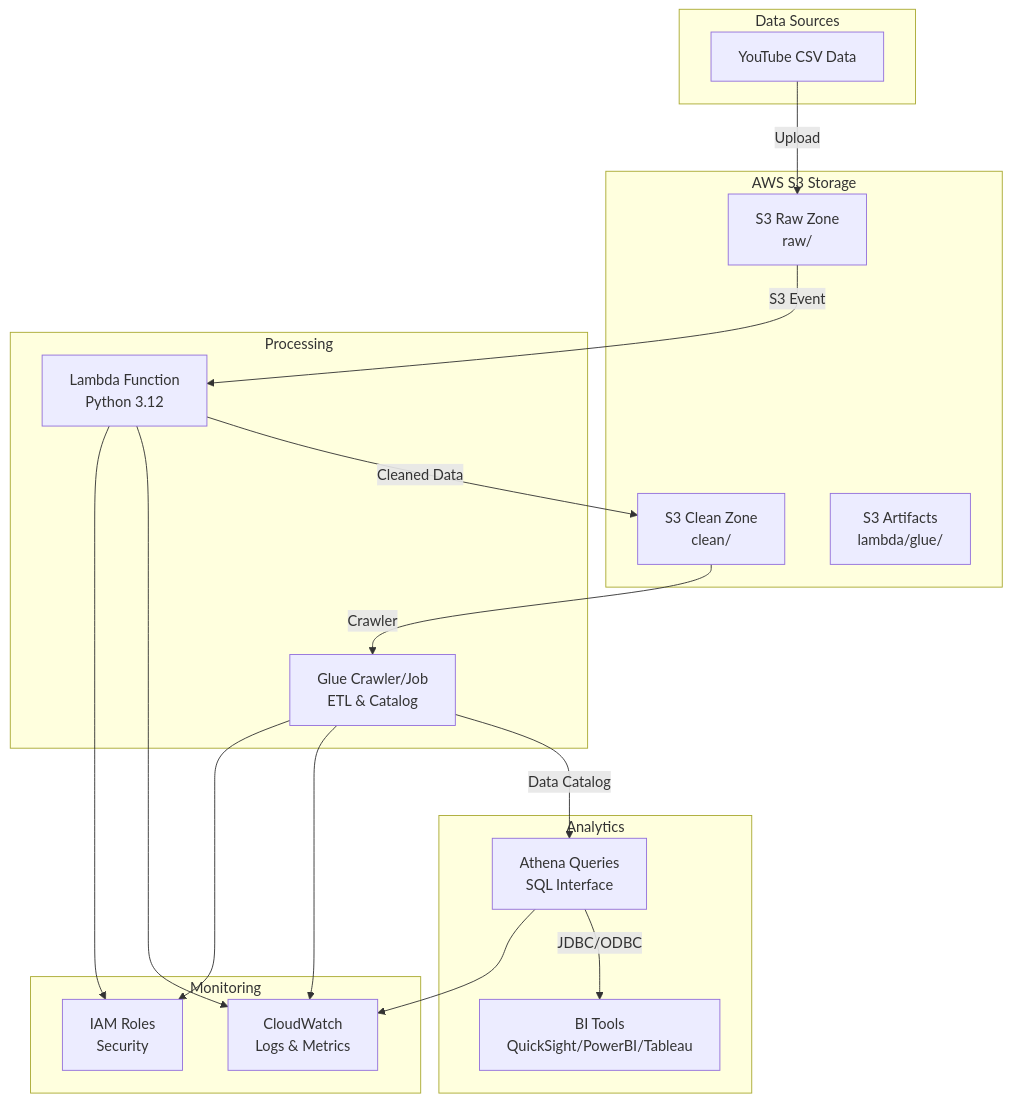
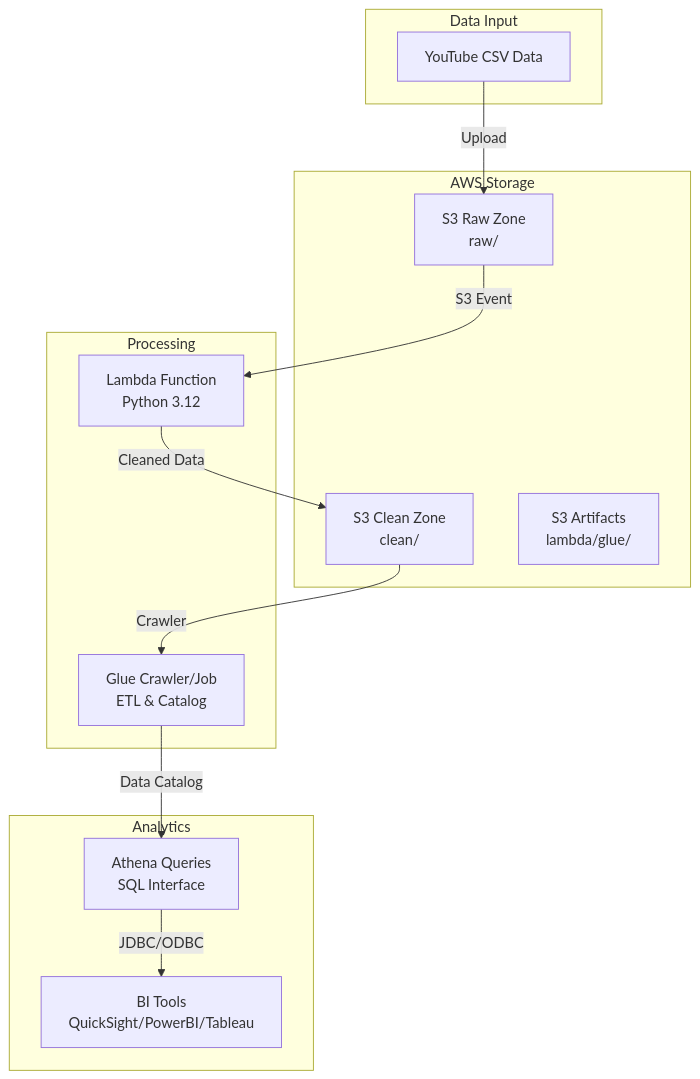
Before and after one commit to Mrnidhi/yt-analysis: the diagram in README.md, drawn with Mermaid. The commit also changed other lines of this file, not shown here.

````diff
--- a/README.md
+++ b/README.md
@@ -8,39 +8,29 @@
 ```mermaid
 graph TB
-    subgraph "Data Sources"
+    subgraph "Data Input"
         CSV[YouTube CSV Data]
     end
     
-    subgraph "AWS S3 Storage"
+    subgraph "AWS Storage"
         RAW[S3 Raw Zone<br/>raw/]
         CLEAN[S3 Clean Zone<br/>clean/]
         ARTIFACTS[S3 Artifacts<br/>lambda/glue/]
     end
     
     subgraph "Processing"
         LAMBDA[Lambda Function<br/>Python 3.12]
         GLUE[Glue Crawler/Job<br/>ETL & Catalog]
     end
     
     subgraph "Analytics"
         ATHENA[Athena Queries<br/>SQL Interface]
         BI[BI Tools<br/>QuickSight/PowerBI/Tableau]
     end
     
-    subgraph "Monitoring"
-        CW[CloudWatch<br/>Logs & Metrics]
-        IAM[IAM Roles<br/>Security]
-    end
-    
     CSV -->|Upload| RAW
     RAW -->|S3 Event| LAMBDA
     LAMBDA -->|Cleaned Data| CLEAN
     CLEAN -->|Crawler| GLUE
     GLUE -->|Data Catalog| ATHENA
     ATHENA -->|JDBC/ODBC| BI
-    LAMBDA --> CW
-    GLUE --> CW
-    ATHENA --> CW
-    LAMBDA --> IAM
-    GLUE --> IAM
 ```
````
